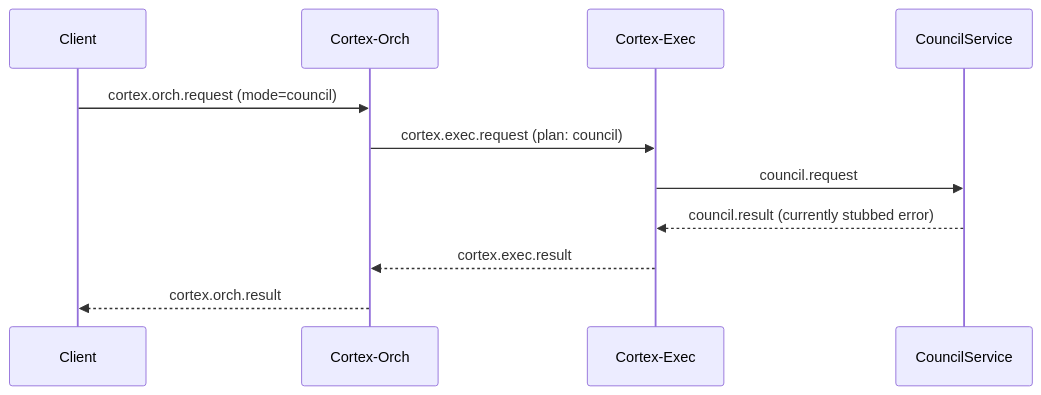
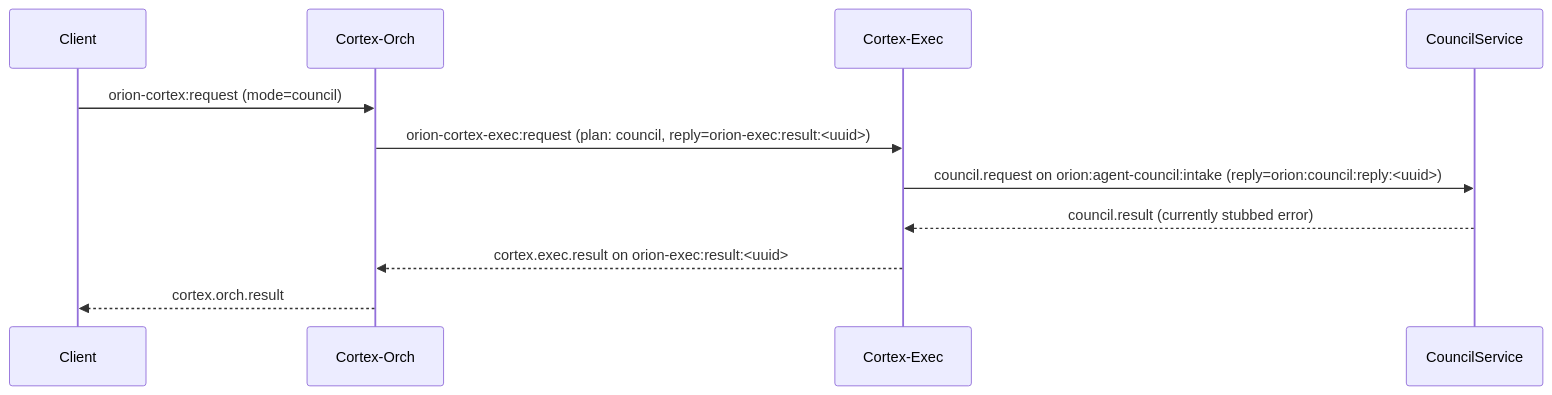
The fourth of 4 diagrams in docs/llm_services.md (junebug-junie/Orion-Sapienform), drawn with Mermaid before and after one commit. The commit also changed other lines of this file and 10 other files, not shown here.

````diff
--- a/docs/llm_services.md
+++ b/docs/llm_services.md
@@ -102,14 +102,14 @@
 ```mermaid
 sequenceDiagram
     participant Client
     participant Orch as Cortex-Orch
     participant Exec as Cortex-Exec
     participant Council as CouncilService
 
-    Client->>Orch: cortex.orch.request (mode=council)
-    Orch->>Exec: cortex.exec.request (plan: council)
-    Exec->>Council: council.request
+    Client->>Orch: orion-cortex:request (mode=council)
+    Orch->>Exec: orion-cortex-exec:request (plan: council, reply=orion-exec:result:<uuid>)
+    Exec->>Council: council.request on orion:agent-council:intake (reply=orion:council:reply:<uuid>)
     Council-->>Exec: council.result (currently stubbed error)
-    Exec-->>Orch: cortex.exec.result
+    Exec-->>Orch: cortex.exec.result on orion-exec:result:<uuid>
     Orch-->>Client: cortex.orch.result
 ```
````
